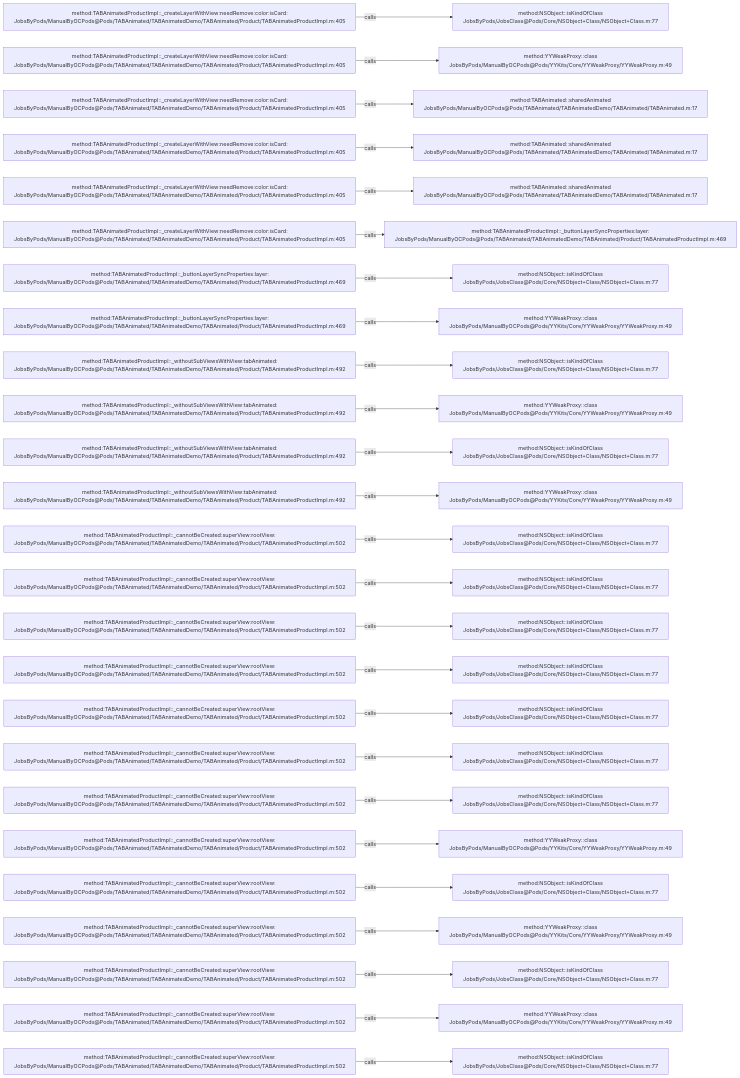
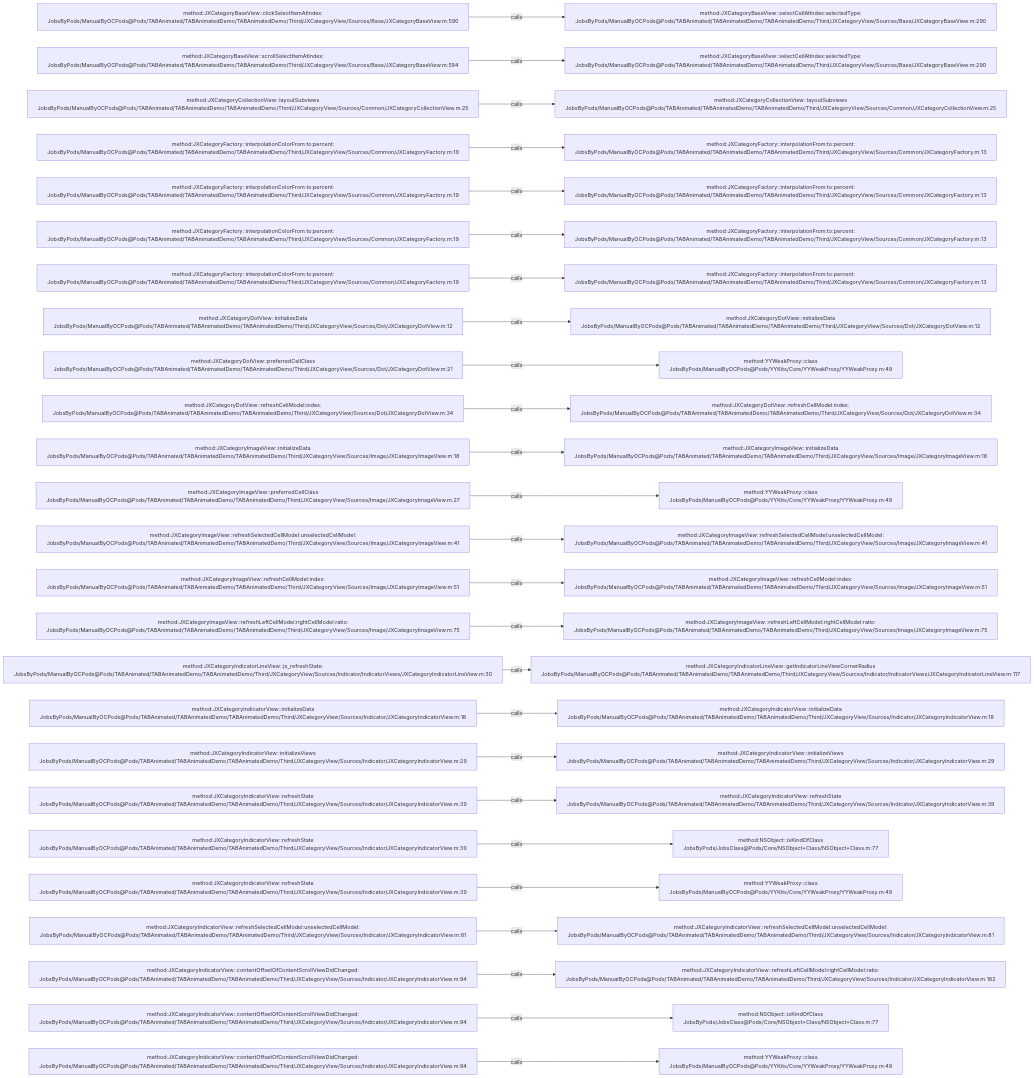
The diagram in .codegraph/codegraph.md/graphs/calls-044.md (JobsKits/JobsOCBaseConfigDemo), drawn with Mermaid before and after one commit. The commit also changed 1223 other files, not shown here.

````diff
--- a/.codegraph/codegraph.md/graphs/calls-044.md
+++ b/.codegraph/codegraph.md/graphs/calls-044.md
@@ -13,78 +13,78 @@
 ```mermaid
 flowchart LR
-  S1["method:TABAnimatedProductImpl::_createLayerWithView:needRemove:color:isCard:<br/>JobsByPods/ManualByOCPods@Pods/TABAnimated/TABAnimatedDemo/TABAnimated/Product/TABAnimatedProductImpl.m:405"]
-  T1["method:NSObject::isKindOfClass<br/>JobsByPods/JobsClass@Pods/Core/NSObject+Class/NSObject+Class.m:77"]
+  S1["method:JXCategoryBaseView::clickSelectItemAtIndex:<br/>JobsByPods/ManualByOCPods@Pods/TABAnimated/TABAnimatedDemo/TABAnimatedDemo/Third/JXCategoryView/Sources/Base/JXCategoryBaseView.m:590"]
+  T1["method:JXCategoryBaseView::selectCellAtIndex:selectedType:<br/>JobsByPods/ManualByOCPods@Pods/TABAnimated/TABAnimatedDemo/TABAnimatedDemo/Third/JXCategoryView/Sources/Base/JXCategoryBaseView.m:290"]
   S1 -->|calls| T1
-  S2["method:TABAnimatedProductImpl::_createLayerWithView:needRemove:color:isCard:<br/>JobsByPods/ManualByOCPods@Pods/TABAnimated/TABAnimatedDemo/TABAnimated/Product/TABAnimatedProductImpl.m:405"]
-  T2["method:YYWeakProxy::class<br/>JobsByPods/ManualByOCPods@Pods/YYKits/Core/YYWeakProxy/YYWeakProxy.m:49"]
+  S2["method:JXCategoryBaseView::scrollSelectItemAtIndex:<br/>JobsByPods/ManualByOCPods@Pods/TABAnimated/TABAnimatedDemo/TABAnimatedDemo/Third/JXCategoryView/Sources/Base/JXCategoryBaseView.m:594"]
+  T2["method:JXCategoryBaseView::selectCellAtIndex:selectedType:<br/>JobsByPods/ManualByOCPods@Pods/TABAnimated/TABAnimatedDemo/TABAnimatedDemo/Third/JXCategoryView/Sources/Base/JXCategoryBaseView.m:290"]
   S2 -->|calls| T2
-  S3["method:TABAnimatedProductImpl::_createLayerWithView:needRemove:color:isCard:<br/>JobsByPods/ManualByOCPods@Pods/TABAnimated/TABAnimatedDemo/TABAnimated/Product/TABAnimatedProductImpl.m:405"]
-  T3["method:TABAnimated::sharedAnimated<br/>JobsByPods/ManualByOCPods@Pods/TABAnimated/TABAnimatedDemo/TABAnimated/TABAnimated.m:17"]
+  S3["method:JXCategoryCollectionView::layoutSubviews<br/>JobsByPods/ManualByOCPods@Pods/TABAnimated/TABAnimatedDemo/TABAnimatedDemo/Third/JXCategoryView/Sources/Common/JXCategoryCollectionView.m:25"]
+  T3["method:JXCategoryCollectionView::layoutSubviews<br/>JobsByPods/ManualByOCPods@Pods/TABAnimated/TABAnimatedDemo/TABAnimatedDemo/Third/JXCategoryView/Sources/Common/JXCategoryCollectionView.m:25"]
   S3 -->|calls| T3
-  S4["method:TABAnimatedProductImpl::_createLayerWithView:needRemove:color:isCard:<br/>JobsByPods/ManualByOCPods@Pods/TABAnimated/TABAnimatedDemo/TABAnimated/Product/TABAnimatedProductImpl.m:405"]
-  T4["method:TABAnimated::sharedAnimated<br/>JobsByPods/ManualByOCPods@Pods/TABAnimated/TABAnimatedDemo/TABAnimated/TABAnimated.m:17"]
+  S4["method:JXCategoryFactory::interpolationColorFrom:to:percent:<br/>JobsByPods/ManualByOCPods@Pods/TABAnimated/TABAnimatedDemo/TABAnimatedDemo/Third/JXCategoryView/Sources/Common/JXCategoryFactory.m:19"]
+  T4["method:JXCategoryFactory::interpolationFrom:to:percent:<br/>JobsByPods/ManualByOCPods@Pods/TABAnimated/TABAnimatedDemo/TABAnimatedDemo/Third/JXCategoryView/Sources/Common/JXCategoryFactory.m:13"]
   S4 -->|calls| T4
-  S5["method:TABAnimatedProductImpl::_createLayerWithView:needRemove:color:isCard:<br/>JobsByPods/ManualByOCPods@Pods/TABAnimated/TABAnimatedDemo/TABAnimated/Product/TABAnimatedProductImpl.m:405"]
-  T5["method:TABAnimated::sharedAnimated<br/>JobsByPods/ManualByOCPods@Pods/TABAnimated/TABAnimatedDemo/TABAnimated/TABAnimated.m:17"]
+  S5["method:JXCategoryFactory::interpolationColorFrom:to:percent:<br/>JobsByPods/ManualByOCPods@Pods/TABAnimated/TABAnimatedDemo/TABAnimatedDemo/Third/JXCategoryView/Sources/Common/JXCategoryFactory.m:19"]
+  T5["method:JXCategoryFactory::interpolationFrom:to:percent:<br/>JobsByPods/ManualByOCPods@Pods/TABAnimated/TABAnimatedDemo/TABAnimatedDemo/Third/JXCategoryView/Sources/Common/JXCategoryFactory.m:13"]
   S5 -->|calls| T5
-  S6["method:TABAnimatedProductImpl::_createLayerWithView:needRemove:color:isCard:<br/>JobsByPods/ManualByOCPods@Pods/TABAnimated/TABAnimatedDemo/TABAnimated/Product/TABAnimatedProductImpl.m:405"]
-  T6["method:TABAnimatedProductImpl::_buttonLayerSyncProperties:layer:<br/>JobsByPods/ManualByOCPods@Pods/TABAnimated/TABAnimatedDemo/TABAnimated/Product/TABAnimatedProductImpl.m:469"]
+  S6["method:JXCategoryFactory::interpolationColorFrom:to:percent:<br/>JobsByPods/ManualByOCPods@Pods/TABAnimated/TABAnimatedDemo/TABAnimatedDemo/Third/JXCategoryView/Sources/Common/JXCategoryFactory.m:19"]
+  T6["method:JXCategoryFactory::interpolationFrom:to:percent:<br/>JobsByPods/ManualByOCPods@Pods/TABAnimated/TABAnimatedDemo/TABAnimatedDemo/Third/JXCategoryView/Sources/Common/JXCategoryFactory.m:13"]
   S6 -->|calls| T6
-  S7["method:TABAnimatedProductImpl::_buttonLayerSyncProperties:layer:<br/>JobsByPods/ManualByOCPods@Pods/TABAnimated/TABAnimatedDemo/TABAnimated/Product/TABAnimatedProductImpl.m:469"]
-  T7["method:NSObject::isKindOfClass<br/>JobsByPods/JobsClass@Pods/Core/NSObject+Class/NSObject+Class.m:77"]
+  S7["method:JXCategoryFactory::interpolationColorFrom:to:percent:<br/>JobsByPods/ManualByOCPods@Pods/TABAnimated/TABAnimatedDemo/TABAnimatedDemo/Third/JXCategoryView/Sources/Common/JXCategoryFactory.m:19"]
+  T7["method:JXCategoryFactory::interpolationFrom:to:percent:<br/>JobsByPods/ManualByOCPods@Pods/TABAnimated/TABAnimatedDemo/TABAnimatedDemo/Third/JXCategoryView/Sources/Common/JXCategoryFactory.m:13"]
   S7 -->|calls| T7
-  S8["method:TABAnimatedProductImpl::_buttonLayerSyncProperties:layer:<br/>JobsByPods/ManualByOCPods@Pods/TABAnimated/TABAnimatedDemo/TABAnimated/Product/TABAnimatedProductImpl.m:469"]
-  T8["method:YYWeakProxy::class<br/>JobsByPods/ManualByOCPods@Pods/YYKits/Core/YYWeakProxy/YYWeakProxy.m:49"]
+  S8["method:JXCategoryDotView::initializeData<br/>JobsByPods/ManualByOCPods@Pods/TABAnimated/TABAnimatedDemo/TABAnimatedDemo/Third/JXCategoryView/Sources/Dot/JXCategoryDotView.m:12"]
+  T8["method:JXCategoryDotView::initializeData<br/>JobsByPods/ManualByOCPods@Pods/TABAnimated/TABAnimatedDemo/TABAnimatedDemo/Third/JXCategoryView/Sources/Dot/JXCategoryDotView.m:12"]
   S8 -->|calls| T8
-  S9["method:TABAnimatedProductImpl::_withoutSubViewsWithView:tabAnimated:<br/>JobsByPods/ManualByOCPods@Pods/TABAnimated/TABAnimatedDemo/TABAnimated/Product/TABAnimatedProductImpl.m:492"]
-  T9["method:NSObject::isKindOfClass<br/>JobsByPods/JobsClass@Pods/Core/NSObject+Class/NSObject+Class.m:77"]
+  S9["method:JXCategoryDotView::preferredCellClass<br/>JobsByPods/ManualByOCPods@Pods/TABAnimated/TABAnimatedDemo/TABAnimatedDemo/Third/JXCategoryView/Sources/Dot/JXCategoryDotView.m:21"]
+  T9["method:YYWeakProxy::class<br/>JobsByPods/ManualByOCPods@Pods/YYKits/Core/YYWeakProxy/YYWeakProxy.m:49"]
   S9 -->|calls| T9
-  S10["method:TABAnimatedProductImpl::_withoutSubViewsWithView:tabAnimated:<br/>JobsByPods/ManualByOCPods@Pods/TABAnimated/TABAnimatedDemo/TABAnimated/Product/TABAnimatedProductImpl.m:492"]
-  T10["method:YYWeakProxy::class<br/>JobsByPods/ManualByOCPods@Pods/YYKits/Core/YYWeakProxy/YYWeakProxy.m:49"]
+  S10["method:JXCategoryDotView::refreshCellModel:index:<br/>JobsByPods/ManualByOCPods@Pods/TABAnimated/TABAnimatedDemo/TABAnimatedDemo/Third/JXCategoryView/Sources/Dot/JXCategoryDotView.m:34"]
+  T10["method:JXCategoryDotView::refreshCellModel:index:<br/>JobsByPods/ManualByOCPods@Pods/TABAnimated/TABAnimatedDemo/TABAnimatedDemo/Third/JXCategoryView/Sources/Dot/JXCategoryDotView.m:34"]
   S10 -->|calls| T10
-  S11["method:TABAnimatedProductImpl::_withoutSubViewsWithView:tabAnimated:<br/>JobsByPods/ManualByOCPods@Pods/TABAnimated/TABAnimatedDemo/TABAnimated/Product/TABAnimatedProductImpl.m:492"]
-  T11["method:NSObject::isKindOfClass<br/>JobsByPods/JobsClass@Pods/Core/NSObject+Class/NSObject+Class.m:77"]
+  S11["method:JXCategoryImageView::initializeData<br/>JobsByPods/ManualByOCPods@Pods/TABAnimated/TABAnimatedDemo/TABAnimatedDemo/Third/JXCategoryView/Sources/Image/JXCategoryImageView.m:18"]
+  T11["method:JXCategoryImageView::initializeData<br/>JobsByPods/ManualByOCPods@Pods/TABAnimated/TABAnimatedDemo/TABAnimatedDemo/Third/JXCategoryView/Sources/Image/JXCategoryImageView.m:18"]
   S11 -->|calls| T11
-  S12["method:TABAnimatedProductImpl::_withoutSubViewsWithView:tabAnimated:<br/>JobsByPods/ManualByOCPods@Pods/TABAnimated/TABAnimatedDemo/TABAnimated/Product/TABAnimatedProductImpl.m:492"]
+  S12["method:JXCategoryImageView::preferredCellClass<br/>JobsByPods/ManualByOCPods@Pods/TABAnimated/TABAnimatedDemo/TABAnimatedDemo/Third/JXCategoryView/Sources/Image/JXCategoryImageView.m:27"]
   T12["method:YYWeakProxy::class<br/>JobsByPods/ManualByOCPods@Pods/YYKits/Core/YYWeakProxy/YYWeakProxy.m:49"]
   S12 -->|calls| T12
-  S13["method:TABAnimatedProductImpl::_cannotBeCreated:superView:rootView:<br/>JobsByPods/ManualByOCPods@Pods/TABAnimated/TABAnimatedDemo/TABAnimated/Product/TABAnimatedProductImpl.m:502"]
-  T13["method:NSObject::isKindOfClass<br/>JobsByPods/JobsClass@Pods/Core/NSObject+Class/NSObject+Class.m:77"]
+  S13["method:JXCategoryImageView::refreshSelectedCellModel:unselectedCellModel:<br/>JobsByPods/ManualByOCPods@Pods/TABAnimated/TABAnimatedDemo/TABAnimatedDemo/Third/JXCategoryView/Sources/Image/JXCategoryImageView.m:41"]
+  T13["method:JXCategoryImageView::refreshSelectedCellModel:unselectedCellModel:<br/>JobsByPods/ManualByOCPods@Pods/TABAnimated/TABAnimatedDemo/TABAnimatedDemo/Third/JXCategoryView/Sources/Image/JXCategoryImageView.m:41"]
   S13 -->|calls| T13
-  S14["method:TABAnimatedProductImpl::_cannotBeCreated:superView:rootView:<br/>JobsByPods/ManualByOCPods@Pods/TABAnimated/TABAnimatedDemo/TABAnimated/Product/TABAnimatedProductImpl.m:502"]
-  T14["method:NSObject::isKindOfClass<br/>JobsByPods/JobsClass@Pods/Core/NSObject+Class/NSObject+Class.m:77"]
+  S14["method:JXCategoryImageView::refreshCellModel:index:<br/>JobsByPods/ManualByOCPods@Pods/TABAnimated/TABAnimatedDemo/TABAnimatedDemo/Third/JXCategoryView/Sources/Image/JXCategoryImageView.m:51"]
+  T14["method:JXCategoryImageView::refreshCellModel:index:<br/>JobsByPods/ManualByOCPods@Pods/TABAnimated/TABAnimatedDemo/TABAnimatedDemo/Third/JXCategoryView/Sources/Image/JXCategoryImageView.m:51"]
   S14 -->|calls| T14
-  S15["method:TABAnimatedProductImpl::_cannotBeCreated:superView:rootView:<br/>JobsByPods/ManualByOCPods@Pods/TABAnimated/TABAnimatedDemo/TABAnimated/Product/TABAnimatedProductImpl.m:502"]
-  T15["method:NSObject::isKindOfClass<br/>JobsByPods/JobsClass@Pods/Core/NSObject+Class/NSObject+Class.m:77"]
+  S15["method:JXCategoryImageView::refreshLeftCellModel:rightCellModel:ratio:<br/>JobsByPods/ManualByOCPods@Pods/TABAnimated/TABAnimatedDemo/TABAnimatedDemo/Third/JXCategoryView/Sources/Image/JXCategoryImageView.m:75"]
+  T15["method:JXCategoryImageView::refreshLeftCellModel:rightCellModel:ratio:<br/>JobsByPods/ManualByOCPods@Pods/TABAnimated/TABAnimatedDemo/TABAnimatedDemo/Third/JXCategoryView/Sources/Image/JXCategoryImageView.m:75"]
   S15 -->|calls| T15
-  S16["method:TABAnimatedProductImpl::_cannotBeCreated:superView:rootView:<br/>JobsByPods/ManualByOCPods@Pods/TABAnimated/TABAnimatedDemo/TABAnimated/Product/TABAnimatedProductImpl.m:502"]
-  T16["method:NSObject::isKindOfClass<br/>JobsByPods/JobsClass@Pods/Core/NSObject+Class/NSObject+Class.m:77"]
+  S16["method:JXCategoryIndicatorLineView::jx_refreshState:<br/>JobsByPods/ManualByOCPods@Pods/TABAnimated/TABAnimatedDemo/TABAnimatedDemo/Third/JXCategoryView/Sources/Indicator/IndicatorViews/JXCategoryIndicatorLineView.m:30"]
+  T16["method:JXCategoryIndicatorLineView::getIndicatorLineViewCornerRadius<br/>JobsByPods/ManualByOCPods@Pods/TABAnimated/TABAnimatedDemo/TABAnimatedDemo/Third/JXCategoryView/Sources/Indicator/IndicatorViews/JXCategoryIndicatorLineView.m:117"]
   S16 -->|calls| T16
-  S17["method:TABAnimatedProductImpl::_cannotBeCreated:superView:rootView:<br/>JobsByPods/ManualByOCPods@Pods/TABAnimated/TABAnimatedDemo/TABAnimated/Product/TABAnimatedProductImpl.m:502"]
-  T17["method:NSObject::isKindOfClass<br/>JobsByPods/JobsClass@Pods/Core/NSObject+Class/NSObject+Class.m:77"]
+  S17["method:JXCategoryIndicatorView::initializeData<br/>JobsByPods/ManualByOCPods@Pods/TABAnimated/TABAnimatedDemo/TABAnimatedDemo/Third/JXCategoryView/Sources/Indicator/JXCategoryIndicatorView.m:18"]
+  T17["method:JXCategoryIndicatorView::initializeData<br/>JobsByPods/ManualByOCPods@Pods/TABAnimated/TABAnimatedDemo/TABAnimatedDemo/Third/JXCategoryView/Sources/Indicator/JXCategoryIndicatorView.m:18"]
   S17 -->|calls| T17
-  S18["method:TABAnimatedProductImpl::_cannotBeCreated:superView:rootView:<br/>JobsByPods/ManualByOCPods@Pods/TABAnimated/TABAnimatedDemo/TABAnimated/Product/TABAnimatedProductImpl.m:502"]
-  T18["method:NSObject::isKindOfClass<br/>JobsByPods/JobsClass@Pods/Core/NSObject+Class/NSObject+Class.m:77"]
+  S18["method:JXCategoryIndicatorView::initializeViews<br/>JobsByPods/ManualByOCPods@Pods/TABAnimated/TABAnimatedDemo/TABAnimatedDemo/Third/JXCategoryView/Sources/Indicator/JXCategoryIndicatorView.m:29"]
+  T18["method:JXCategoryIndicatorView::initializeViews<br/>JobsByPods/ManualByOCPods@Pods/TABAnimated/TABAnimatedDemo/TABAnimatedDemo/Third/JXCategoryView/Sources/Indicator/JXCategoryIndicatorView.m:29"]
   S18 -->|calls| T18
-  S19["method:TABAnimatedProductImpl::_cannotBeCreated:superView:rootView:<br/>JobsByPods/ManualByOCPods@Pods/TABAnimated/TABAnimatedDemo/TABAnimated/Product/TABAnimatedProductImpl.m:502"]
-  T19["method:NSObject::isKindOfClass<br/>JobsByPods/JobsClass@Pods/Core/NSObject+Class/NSObject+Class.m:77"]
+  S19["method:JXCategoryIndicatorView::refreshState<br/>JobsByPods/ManualByOCPods@Pods/TABAnimated/TABAnimatedDemo/TABAnimatedDemo/Third/JXCategoryView/Sources/Indicator/JXCategoryIndicatorView.m:39"]
+  T19["method:JXCategoryIndicatorView::refreshState<br/>JobsByPods/ManualByOCPods@Pods/TABAnimated/TABAnimatedDemo/TABAnimatedDemo/Third/JXCategoryView/Sources/Indicator/JXCategoryIndicatorView.m:39"]
   S19 -->|calls| T19
-  S20["method:TABAnimatedProductImpl::_cannotBeCreated:superView:rootView:<br/>JobsByPods/ManualByOCPods@Pods/TABAnimated/TABAnimatedDemo/TABAnimated/Product/TABAnimatedProductImpl.m:502"]
-  T20["method:YYWeakProxy::class<br/>JobsByPods/ManualByOCPods@Pods/YYKits/Core/YYWeakProxy/YYWeakProxy.m:49"]
+  S20["method:JXCategoryIndicatorView::refreshState<br/>JobsByPods/ManualByOCPods@Pods/TABAnimated/TABAnimatedDemo/TABAnimatedDemo/Third/JXCategoryView/Sources/Indicator/JXCategoryIndicatorView.m:39"]
+  T20["method:NSObject::isKindOfClass<br/>JobsByPods/JobsClass@Pods/Core/NSObject+Class/NSObject+Class.m:77"]
   S20 -->|calls| T20
-  S21["method:TABAnimatedProductImpl::_cannotBeCreated:superView:rootView:<br/>JobsByPods/ManualByOCPods@Pods/TABAnimated/TABAnimatedDemo/TABAnimated/Product/TABAnimatedProductImpl.m:502"]
-  T21["method:NSObject::isKindOfClass<br/>JobsByPods/JobsClass@Pods/Core/NSObject+Class/NSObject+Class.m:77"]
+  S21["method:JXCategoryIndicatorView::refreshState<br/>JobsByPods/ManualByOCPods@Pods/TABAnimated/TABAnimatedDemo/TABAnimatedDemo/Third/JXCategoryView/Sources/Indicator/JXCategoryIndicatorView.m:39"]
+  T21["method:YYWeakProxy::class<br/>JobsByPods/ManualByOCPods@Pods/YYKits/Core/YYWeakProxy/YYWeakProxy.m:49"]
   S21 -->|calls| T21
-  S22["method:TABAnimatedProductImpl::_cannotBeCreated:superView:rootView:<br/>JobsByPods/ManualByOCPods@Pods/TABAnimated/TABAnimatedDemo/TABAnimated/Product/TABAnimatedProductImpl.m:502"]
-  T22["method:YYWeakProxy::class<br/>JobsByPods/ManualByOCPods@Pods/YYKits/Core/YYWeakProxy/YYWeakProxy.m:49"]
+  S22["method:JXCategoryIndicatorView::refreshSelectedCellModel:unselectedCellModel:<br/>JobsByPods/ManualByOCPods@Pods/TABAnimated/TABAnimatedDemo/TABAnimatedDemo/Third/JXCategoryView/Sources/Indicator/JXCategoryIndicatorView.m:81"]
+  T22["method:JXCategoryIndicatorView::refreshSelectedCellModel:unselectedCellModel:<br/>JobsByPods/ManualByOCPods@Pods/TABAnimated/TABAnimatedDemo/TABAnimatedDemo/Third/JXCategoryView/Sources/Indicator/JXCategoryIndicatorView.m:81"]
   S22 -->|calls| T22
-  S23["method:TABAnimatedProductImpl::_cannotBeCreated:superView:rootView:<br/>JobsByPods/ManualByOCPods@Pods/TABAnimated/TABAnimatedDemo/TABAnimated/Product/TABAnimatedProductImpl.m:502"]
-  T23["method:NSObject::isKindOfClass<br/>JobsByPods/JobsClass@Pods/Core/NSObject+Class/NSObject+Class.m:77"]
+  S23["method:JXCategoryIndicatorView::contentOffsetOfContentScrollViewDidChanged:<br/>JobsByPods/ManualByOCPods@Pods/TABAnimated/TABAnimatedDemo/TABAnimatedDemo/Third/JXCategoryView/Sources/Indicator/JXCategoryIndicatorView.m:94"]
+  T23["method:JXCategoryIndicatorView::refreshLeftCellModel:rightCellModel:ratio:<br/>JobsByPods/ManualByOCPods@Pods/TABAnimated/TABAnimatedDemo/TABAnimatedDemo/Third/JXCategoryView/Sources/Indicator/JXCategoryIndicatorView.m:182"]
   S23 -->|calls| T23
-  S24["method:TABAnimatedProductImpl::_cannotBeCreated:superView:rootView:<br/>JobsByPods/ManualByOCPods@Pods/TABAnimated/TABAnimatedDemo/TABAnimated/Product/TABAnimatedProductImpl.m:502"]
-  T24["method:YYWeakProxy::class<br/>JobsByPods/ManualByOCPods@Pods/YYKits/Core/YYWeakProxy/YYWeakProxy.m:49"]
+  S24["method:JXCategoryIndicatorView::contentOffsetOfContentScrollViewDidChanged:<br/>JobsByPods/ManualByOCPods@Pods/TABAnimated/TABAnimatedDemo/TABAnimatedDemo/Third/JXCategoryView/Sources/Indicator/JXCategoryIndicatorView.m:94"]
+  T24["method:NSObject::isKindOfClass<br/>JobsByPods/JobsClass@Pods/Core/NSObject+Class/NSObject+Class.m:77"]
   S24 -->|calls| T24
-  S25["method:TABAnimatedProductImpl::_cannotBeCreated:superView:rootView:<br/>JobsByPods/ManualByOCPods@Pods/TABAnimated/TABAnimatedDemo/TABAnimated/Product/TABAnimatedProductImpl.m:502"]
-  T25["method:NSObject::isKindOfClass<br/>JobsByPods/JobsClass@Pods/Core/NSObject+Class/NSObject+Class.m:77"]
+  S25["method:JXCategoryIndicatorView::contentOffsetOfContentScrollViewDidChanged:<br/>JobsByPods/ManualByOCPods@Pods/TABAnimated/TABAnimatedDemo/TABAnimatedDemo/Third/JXCategoryView/Sources/Indicator/JXCategoryIndicatorView.m:94"]
+  T25["method:YYWeakProxy::class<br/>JobsByPods/ManualByOCPods@Pods/YYKits/Core/YYWeakProxy/YYWeakProxy.m:49"]
   S25 -->|calls| T25
 ```
````
